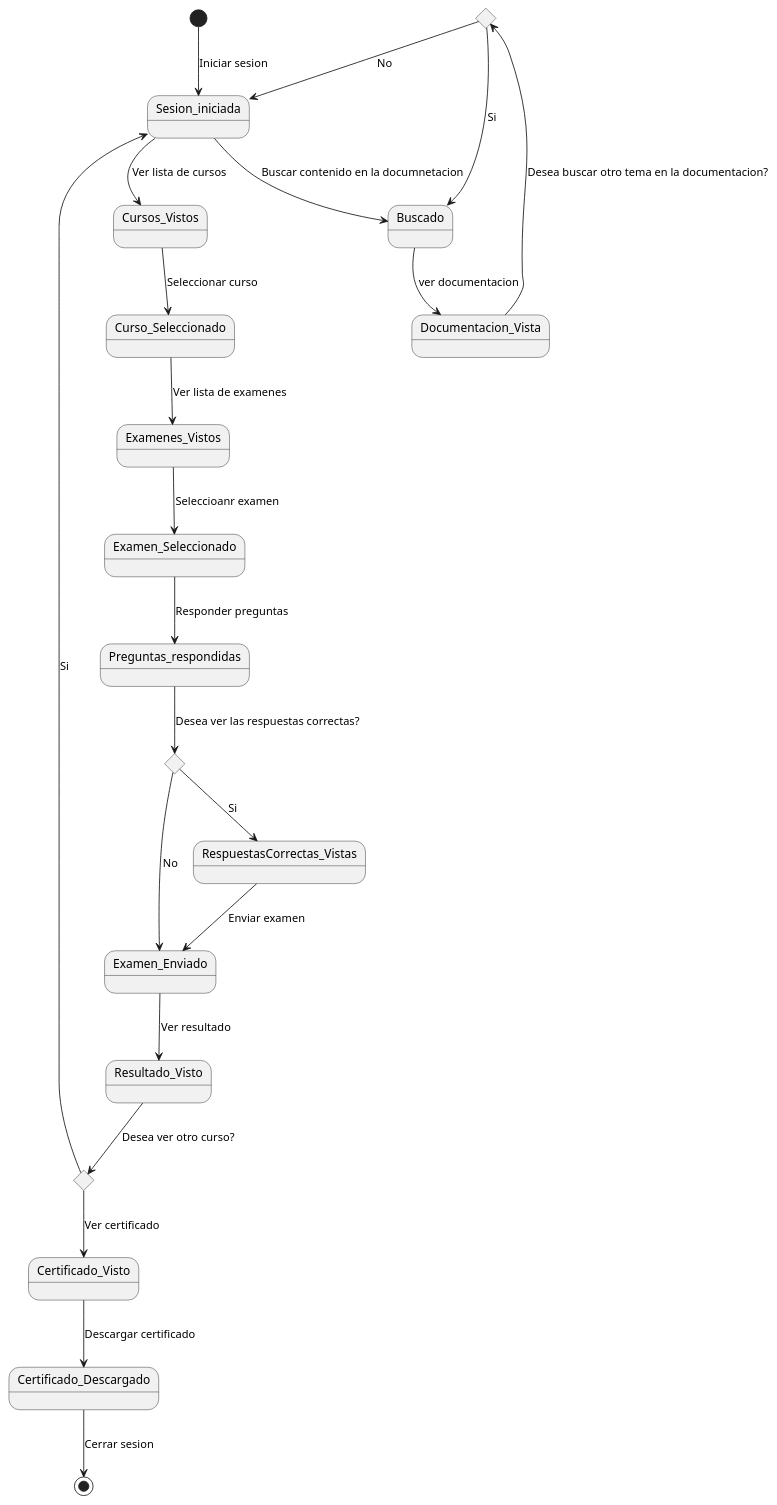
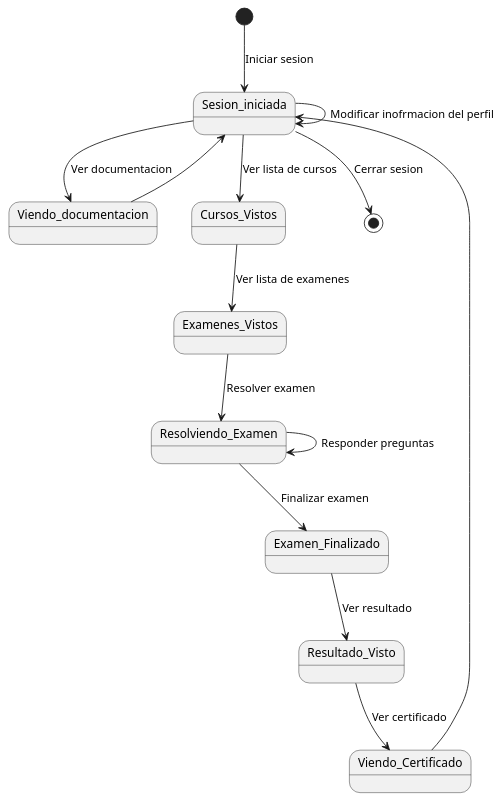
One commit to Carverz/IS-022023_Proyecto-Grupo-4 changed the diagram in docs/useCases/DiagramaDeEstadosDeUseCasesUsuario.plantuml. Above: the diagram before and after it, drawn with PlantUML. The commit also changed 3 other files, not shown here.

Commit message:
Modificacion de diagramas de caso de uso y estado

```diff
--- a/docs/useCases/DiagramaDeEstadosDeUseCasesUsuario.plantuml
+++ b/docs/useCases/DiagramaDeEstadosDeUseCasesUsuario.plantuml
@@ -1,31 +1,21 @@
 @startuml
 skinparam Style strictuml
 
-state choice1 <<choice>>
-state choice2 <<choice>>
-state choice3 <<choice>>
+
 [*] --> Sesion_iniciada: Iniciar sesion
-Sesion_iniciada --> Buscado: Buscar contenido en la documnetacion
-Buscado --> Documentacion_Vista: ver documentacion
-Documentacion_Vista-->choice1: Desea buscar otro tema en la documentacion?
-choice1 --> Buscado: Si
-choice1 --> Sesion_iniciada: No
+Sesion_iniciada --> Sesion_iniciada: Modificar inofrmacion del perfil
+Sesion_iniciada --> Viendo_documentacion: Ver documentacion
+Viendo_documentacion --> Sesion_iniciada
 
 Sesion_iniciada --> Cursos_Vistos: Ver lista de cursos
-Cursos_Vistos --> Curso_Seleccionado: Seleccionar curso
-Curso_Seleccionado --> Examenes_Vistos: Ver lista de examenes
-Examenes_Vistos --> Examen_Seleccionado: Seleccioanr examen
-Examen_Seleccionado --> Preguntas_respondidas: Responder preguntas 
-Preguntas_respondidas --> choice2: Desea ver las respuestas correctas?
-choice2 --> RespuestasCorrectas_Vistas: Si
-RespuestasCorrectas_Vistas --> Examen_Enviado: Enviar examen
-choice2 --> Examen_Enviado: No
-Examen_Enviado --> Resultado_Visto: Ver resultado
-Resultado_Visto --> choice3: Desea ver otro curso?
-choice3 --> Sesion_iniciada: Si
-choice3 --> Certificado_Visto: Ver certificado
-Certificado_Visto --> Certificado_Descargado: Descargar certificado
-Certificado_Descargado --> [*]: Cerrar sesion
+Cursos_Vistos --> Examenes_Vistos: Ver lista de examenes
+Examenes_Vistos --> Resolviendo_Examen: Resolver examen
+Resolviendo_Examen --> Resolviendo_Examen: Responder preguntas 
+Resolviendo_Examen --> Examen_Finalizado: Finalizar examen
+Examen_Finalizado --> Resultado_Visto: Ver resultado
+Resultado_Visto --> Viendo_Certificado: Ver certificado
+Viendo_Certificado -->  Sesion_iniciada
+Sesion_iniciada --> [*]: Cerrar sesion
 
 
 @enduml
```
